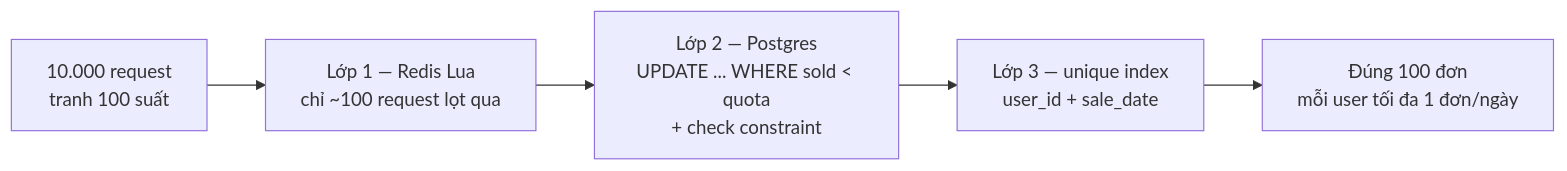
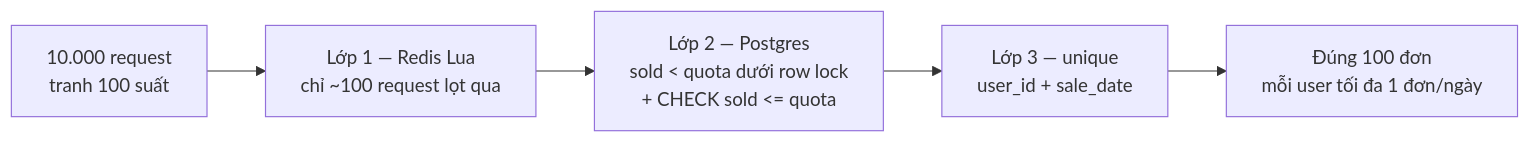
One commit to lebronjamesbe01-dev/flashsale-service changed the ninth of 14 diagrams in docs/system-design.md. Above: the diagram before and after it, drawn with Mermaid. The commit also changed other lines of this file and 1 other file, not shown here.

````diff
--- a/docs/system-design.md
+++ b/docs/system-design.md
@@ -307,7 +317,7 @@
 ```mermaid
 flowchart LR
     REQ["10.000 request<br/>tranh 100 suất"] --> G1["Lớp 1 — Redis Lua<br/>chỉ ~100 request lọt qua"]
-    G1 --> G2["Lớp 2 — Postgres<br/>UPDATE ... WHERE sold < quota<br/>+ check constraint"]
-    G2 --> G3["Lớp 3 — unique index<br/>user_id + sale_date"]
+    G1 --> G2["Lớp 2 — Postgres<br/>sold < quota dưới row lock<br/>+ CHECK sold <= quota"]
+    G2 --> G3["Lớp 3 — unique<br/>user_id + sale_date"]
     G3 --> OK["Đúng 100 đơn<br/>mỗi user tối đa 1 đơn/ngày"]
 ```
````
